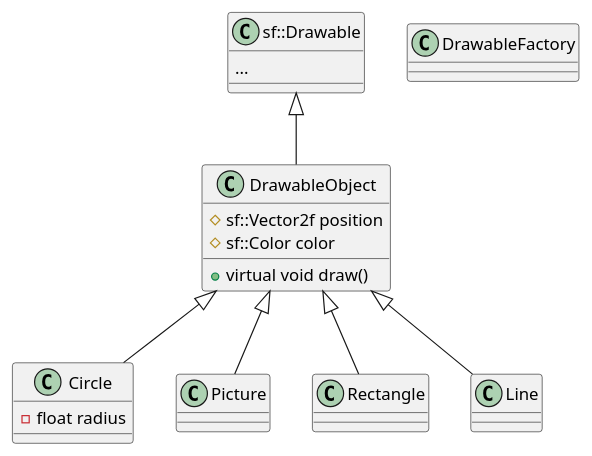
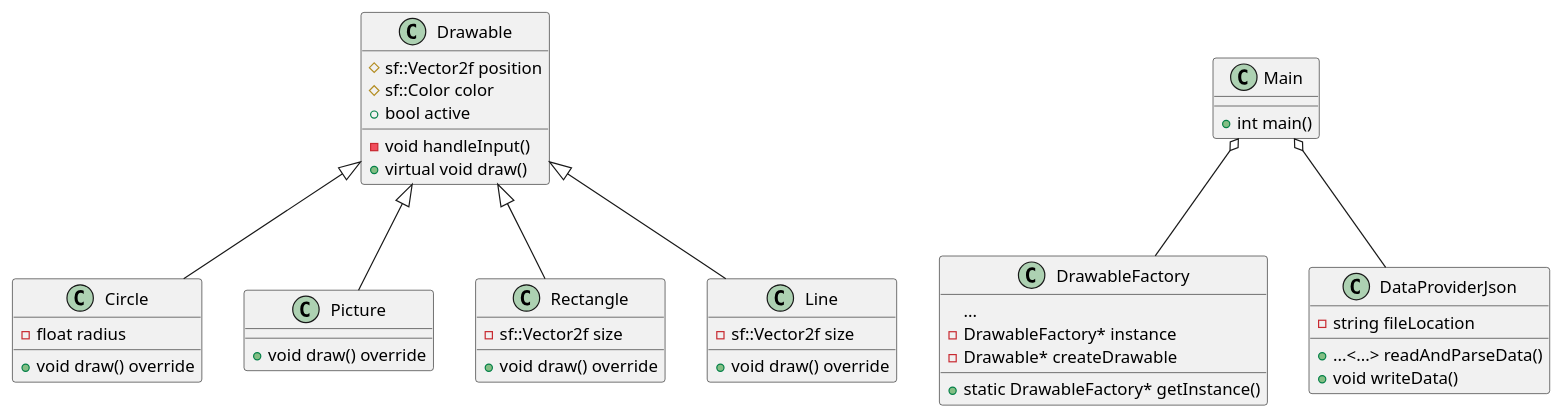
The diagram in week3/diagram.plantuml (ramonvermeulen/cplusplus), drawn with PlantUML before and after one commit. The commit also changed 10 other files, not shown here.

```diff
--- a/week3/diagram.plantuml
+++ b/week3/diagram.plantuml
@@ -1,41 +1,54 @@
 @startuml FactoryPattern
 
-
-class sf::Drawable {
-  ...
-}
-
-class DrawableObject {
+class Drawable {
   # sf::Vector2f position
   # sf::Color color
+  + bool active
+  - void handleInput()
   + virtual void draw()
-}
-
-class DrawableFactory {
-
 }
 
 class Circle {
   - float radius
+  + void draw() override
 }
 
 class Picture {
-
+  + void draw() override
 }
 
 class Rectangle {
-
+  - sf::Vector2f size
+  + void draw() override
 }
 
 class Line {
-
+  - sf::Vector2f size
+  + void draw() override
 }
 
-sf::Drawable <|-- DrawableObject
-DrawableObject <|-- Circle
-DrawableObject <|-- Picture
-DrawableObject <|-- Rectangle
-DrawableObject <|-- Line
+class DrawableFactory {
+  ...
+  - DrawableFactory* instance
+  - Drawable* createDrawable
+  + static DrawableFactory* getInstance()
+}
 
+class DataProviderJson {
+  - string fileLocation
+  + ...<...> readAndParseData()
+  + void writeData()
+}
+
+class Main {
+  + int main()
+}
+
+Drawable <|-- Circle
+Drawable <|-- Picture
+Drawable <|-- Rectangle
+Drawable <|-- Line
+Main o-- DrawableFactory
+Main o-- DataProviderJson
 
 @enduml
```
